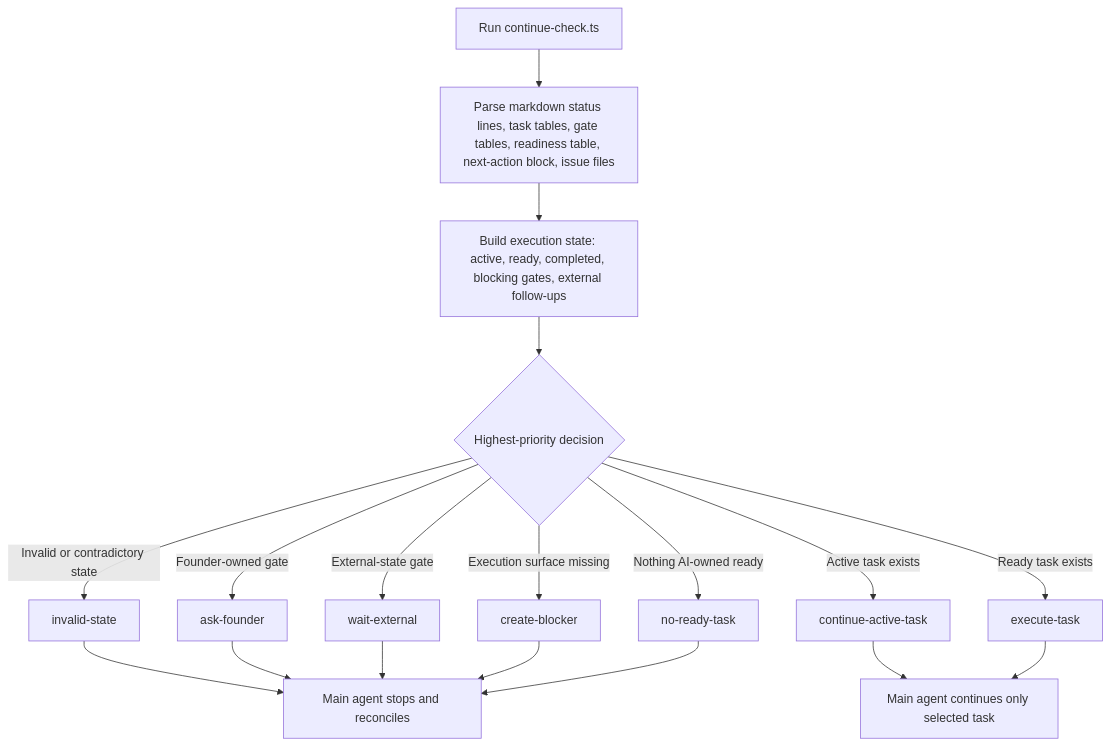
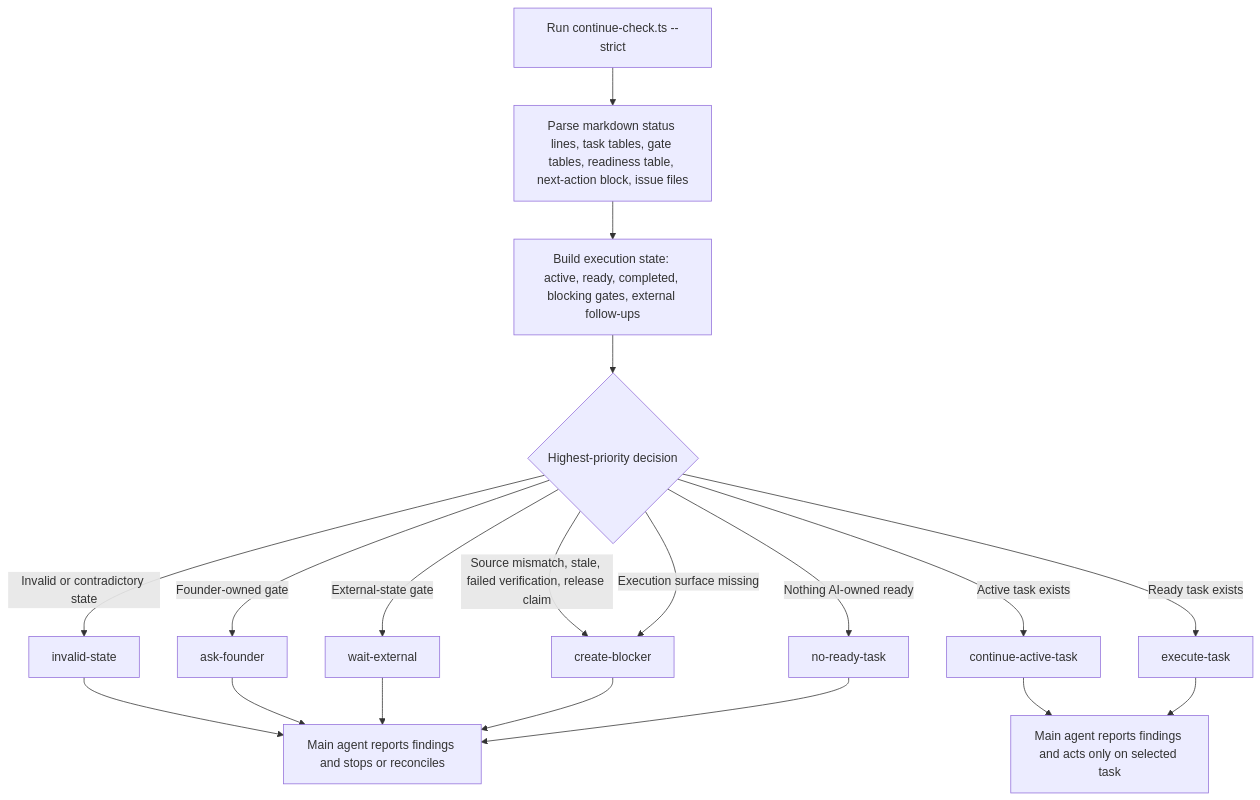
Before and after one commit to pax-k/build-right: the ninth of 10 diagrams in agent-skills-flow-diagrams.md, drawn with Mermaid. The commit also changed other lines of this file and 8 other files, not shown here.

Commit message:
continue-check

````diff
--- a/agent-skills-flow-diagrams.md
+++ b/agent-skills-flow-diagrams.md
@@ -293,22 +295,23 @@
 ```mermaid
 flowchart TD
-  A["Run continue-check.ts"] --> B["Parse markdown status lines, task tables, gate tables, readiness table, next-action block, issue files"]
+  A["Run continue-check.ts --strict"] --> B["Parse markdown status lines, task tables, gate tables, readiness table, next-action block, issue files"]
   B --> C["Build execution state: active, ready, completed, blocking gates, external follow-ups"]
   C --> D{"Highest-priority decision"}
 
   D -->|"Invalid or contradictory state"| E["invalid-state"]
   D -->|"Founder-owned gate"| F["ask-founder"]
   D -->|"External-state gate"| G["wait-external"]
+  D -->|"Source mismatch, stale, failed verification, release claim"| J["create-blocker"]
   D -->|"Active task exists"| H["continue-active-task"]
   D -->|"Ready task exists"| I["execute-task"]
-  D -->|"Execution surface missing"| J["create-blocker"]
+  D -->|"Execution surface missing"| J
   D -->|"Nothing AI-owned ready"| K["no-ready-task"]
 
-  E --> L["Main agent stops and reconciles"]
+  E --> L["Main agent reports findings and stops or reconciles"]
   F --> L
   G --> L
-  H --> M["Main agent continues only selected task"]
+  H --> M["Main agent reports findings and acts only on selected task"]
   I --> M
   J --> L
   K --> L
 ```
````
